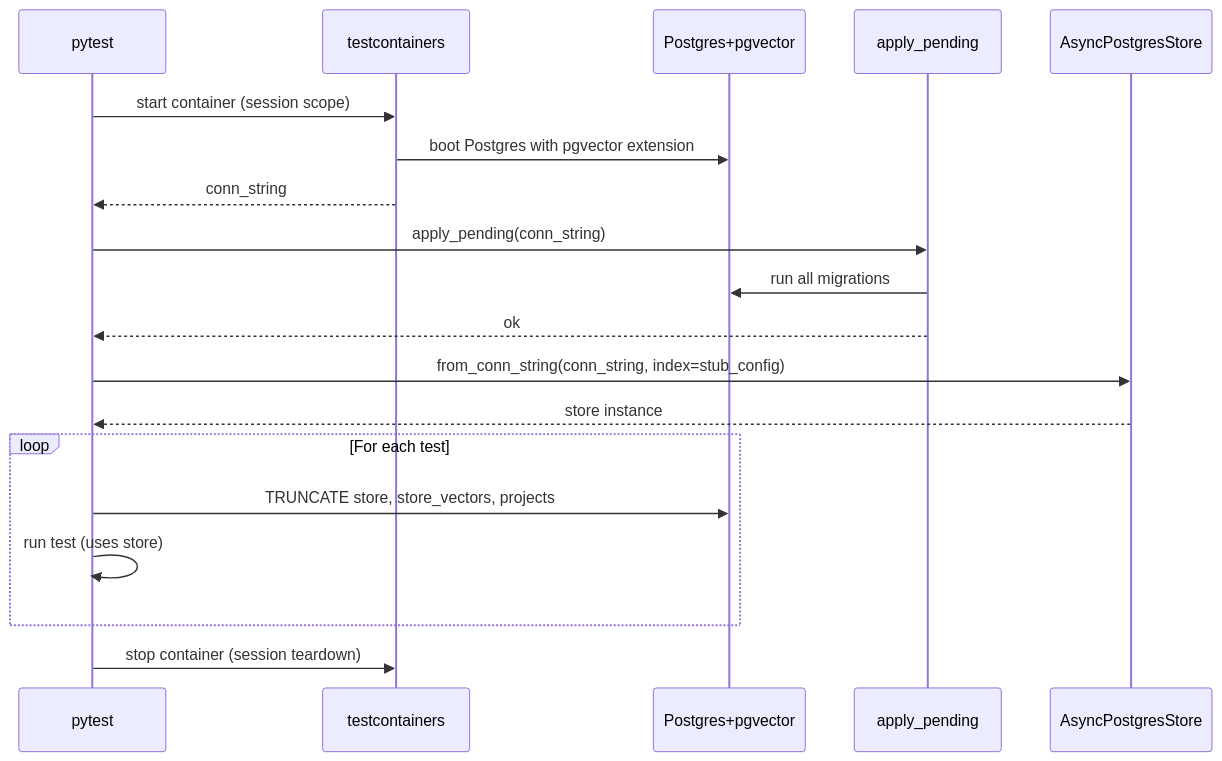
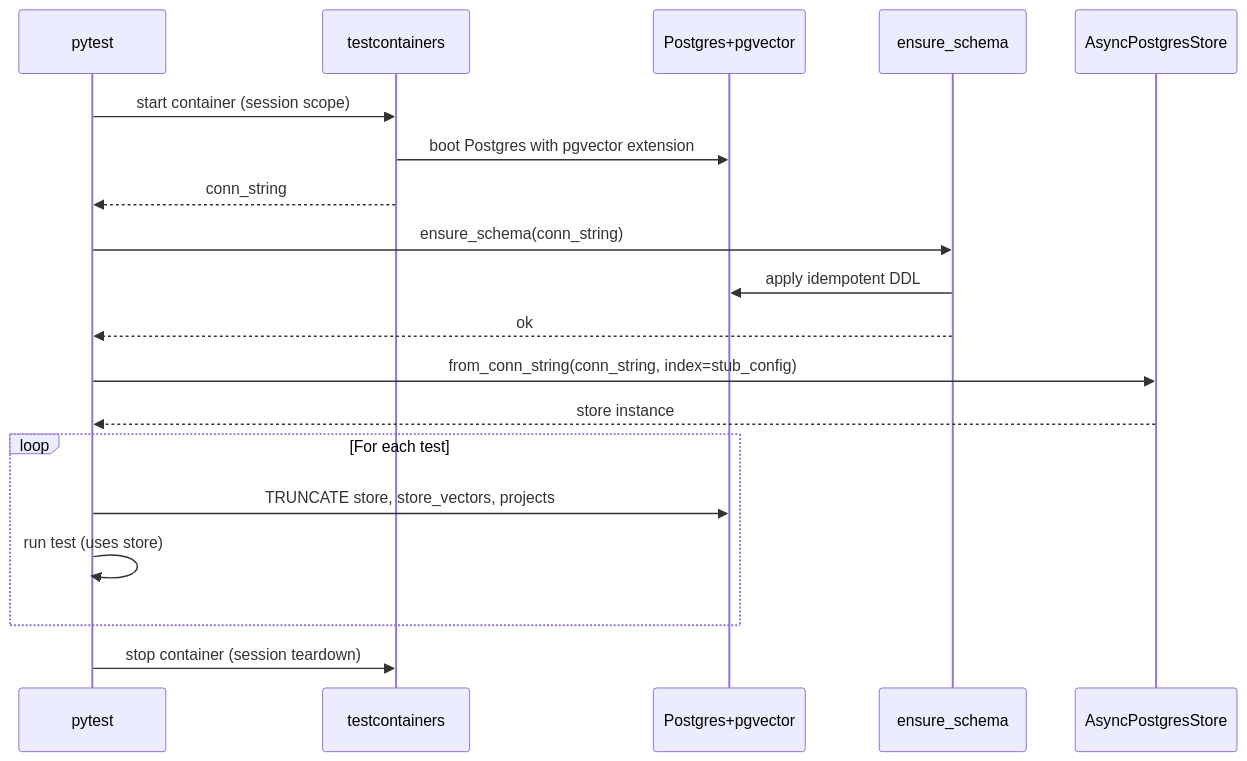
Before and after one commit to mironyx/recall: the first of 2 diagrams in docs/design/lld-e05-test-fixture.md, drawn with Mermaid. The commit also changed other lines of this file and 7 other files, not shown here.

````diff
--- a/docs/design/lld-e05-test-fixture.md
+++ b/docs/design/lld-e05-test-fixture.md
@@ -27,24 +29,24 @@
 ```mermaid
 sequenceDiagram
     participant Pytest as pytest
     participant TC as testcontainers
     participant PG as Postgres+pgvector
-    participant MR as apply_pending
+    participant MR as ensure_schema
     participant Store as AsyncPostgresStore
 
     Pytest->>TC: start container (session scope)
     TC->>PG: boot Postgres with pgvector extension
     TC-->>Pytest: conn_string
-    Pytest->>MR: apply_pending(conn_string)
-    MR->>PG: run all migrations
+    Pytest->>MR: ensure_schema(conn_string)
+    MR->>PG: apply idempotent DDL
     MR-->>Pytest: ok
     Pytest->>Store: from_conn_string(conn_string, index=stub_config)
     Store-->>Pytest: store instance
 
     loop For each test
         Pytest->>PG: TRUNCATE store, store_vectors, projects
         Pytest->>Pytest: run test (uses store)
     end
 
     Pytest->>TC: stop container (session teardown)
 ```
````
